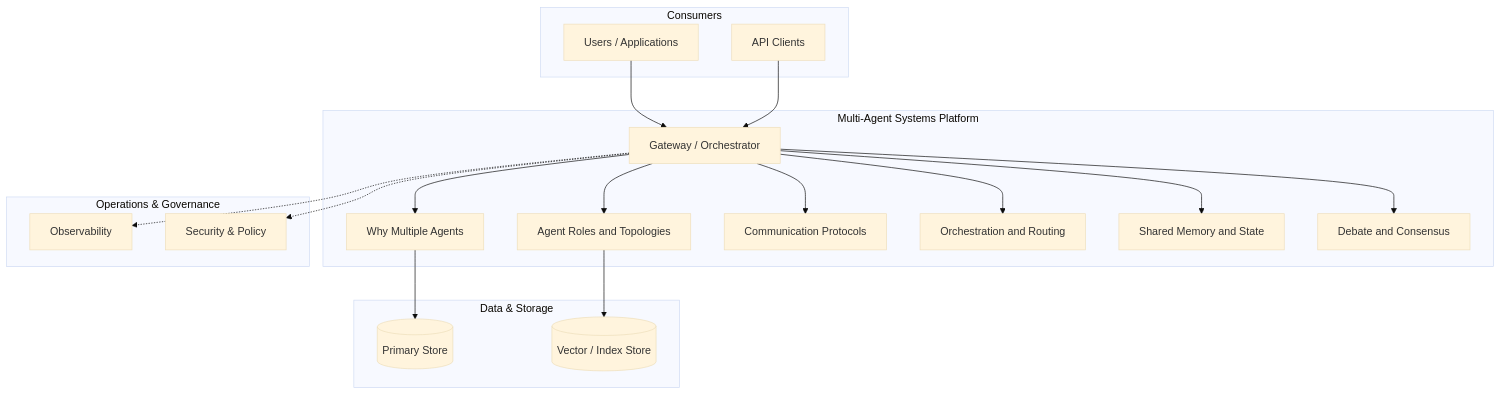
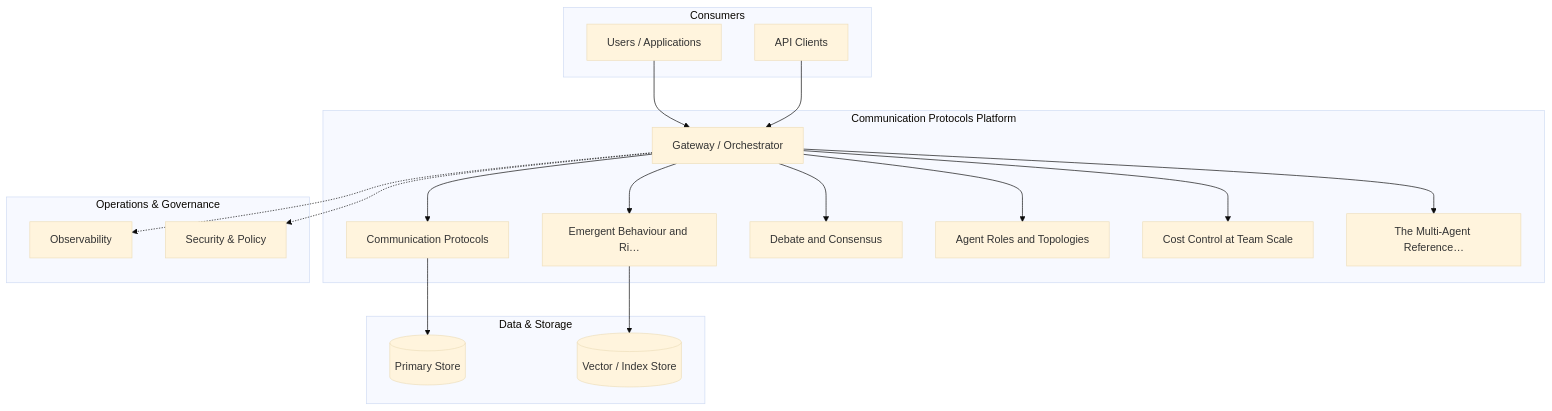
Before and after one commit to ankit05121980/AI-University: the diagram in content/multi-agent-systems/multi-agent-systems-foundations/diagrams/fig-004-component.mmd, drawn with Mermaid (base theme). The commit also changed 458 other files, not shown here.

First line of the commit message:
Add Diagram Studio (prompt/text -> diagram) and per-chapter diagram context

```diff
--- a/content/multi-agent-systems/multi-agent-systems-foundations/diagrams/fig-004-component.mmd
+++ b/content/multi-agent-systems/multi-agent-systems-foundations/diagrams/fig-004-component.mmd
@@ -1,34 +1,34 @@
 flowchart TB
   subgraph Client["Consumers"]
     U[Users / Applications]
     API[API Clients]
   end
-  subgraph Platform["Multi-Agent Systems Platform"]
+  subgraph Platform["Communication Protocols Platform"]
     GW[Gateway / Orchestrator]
-    S0[Why Multiple Agents]
-    S1[Agent Roles and Topologies]
-    S2[Communication Protocols]
-    S3[Orchestration and Routing]
-    S4[Shared Memory and State]
-    S5[Debate and Consensus]
+    S0[Communication Protocols]
+    S1[Emergent Behaviour and Ri…]
+    S2[Debate and Consensus]
+    S3[Agent Roles and Topologies]
+    S4[Cost Control at Team Scale]
+    S5[The Multi-Agent Reference…]
   end
   subgraph Data["Data & Storage"]
     DS[(Primary Store)]
     VEC[(Vector / Index Store)]
   end
   subgraph Ops["Operations & Governance"]
     OBS[Observability]
     SEC[Security & Policy]
   end
   U --> GW
   API --> GW
   GW --> S0
   GW --> S1
   GW --> S2
   GW --> S3
   GW --> S4
   GW --> S5
   S0 --> DS
   S1 --> VEC
   GW -.-> OBS
   GW -.-> SEC
```
